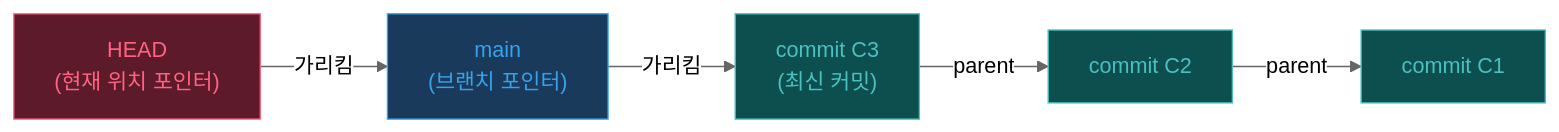
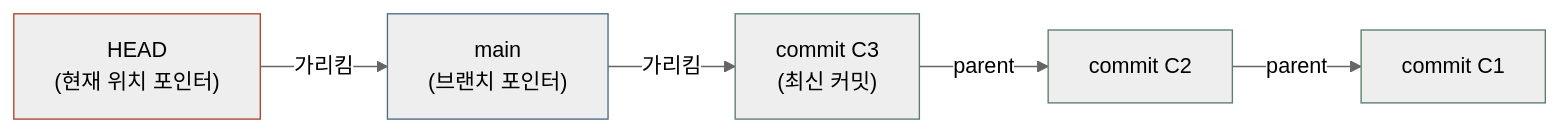
One commit to chkimsu/adtech-blog changed the second of 13 diagrams in posts/git-practical-guide.md. Above: the diagram before and after it, drawn with Mermaid (neutral theme). The commit also changed other lines of this file and 40 other files, not shown here.

````diff
--- a/posts/git-practical-guide.md
+++ b/posts/git-practical-guide.md
@@ -80,13 +80,13 @@
 ```mermaid
 graph LR
     HEAD["HEAD<br/>(현재 위치 포인터)"] -->|"가리킴"| MAIN["main<br/>(브랜치 포인터)"]
     MAIN -->|"가리킴"| C3["commit C3<br/>(최신 커밋)"]
     C3 -->|"parent"| C2["commit C2"]
     C2 -->|"parent"| C1["commit C1"]
 
-    style HEAD fill:#5c1a2a,stroke:#ff6384,color:#ff6384
-    style MAIN fill:#1a3a5c,stroke:#36a2eb,color:#36a2eb
-    style C3 fill:#0d4f4f,stroke:#4bc0c0,color:#4bc0c0
-    style C2 fill:#0d4f4f,stroke:#4bc0c0,color:#4bc0c0
-    style C1 fill:#0d4f4f,stroke:#4bc0c0,color:#4bc0c0
+    style HEAD stroke:#b0442c
+    style MAIN stroke:#4a6b8a
+    style C3 stroke:#5b7d6a
+    style C2 stroke:#5b7d6a
+    style C1 stroke:#5b7d6a
 ```
````
